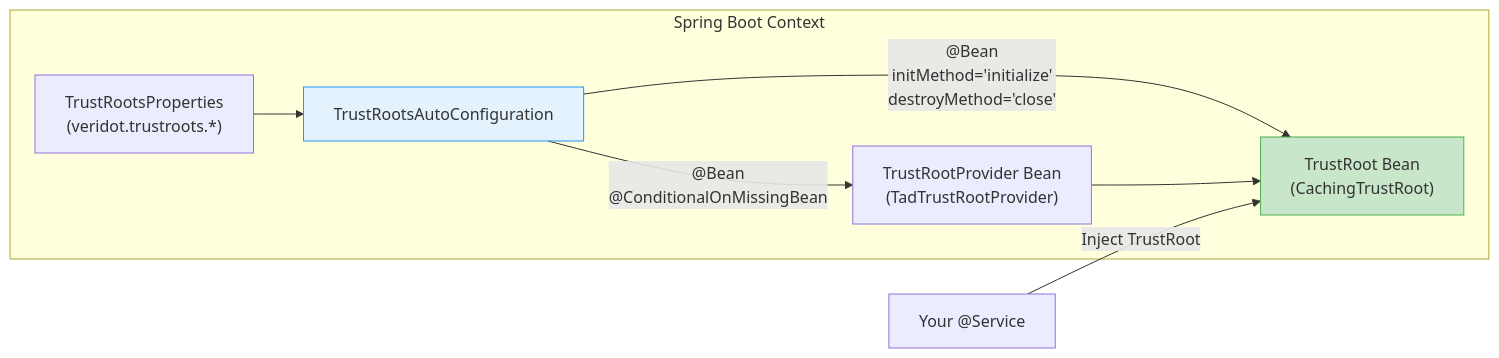
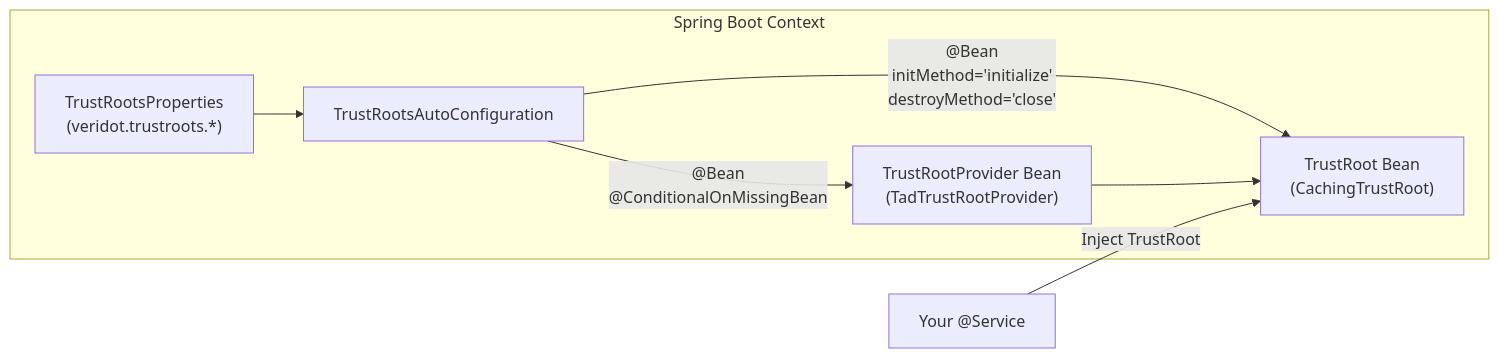
One commit to cyfko/veridot changed the diagram in docs/docs/modules/veridot-trustroots/spring-autoconfiguration.md. Above: the diagram before and after it, drawn with Mermaid. The commit also changed 25 other files, not shown here.

First line of the commit message:
style: remove colorful fill styles from Mermaid diagrams

````diff
--- a/docs/docs/modules/veridot-trustroots/spring-autoconfiguration.md
+++ b/docs/docs/modules/veridot-trustroots/spring-autoconfiguration.md
@@ -27,19 +27,17 @@
 ```mermaid
 flowchart LR
     subgraph "Spring Boot Context"
         Props["TrustRootsProperties<br/>(veridot.trustroots.*)"]
         AutoConfig["TrustRootsAutoConfiguration"]
         Provider["TrustRootProvider Bean<br/>(TadTrustRootProvider)"]
         TrustRoot["TrustRoot Bean<br/>(CachingTrustRoot)"]
 
         Props --> AutoConfig
         AutoConfig -->|"@Bean<br/>@ConditionalOnMissingBean"| Provider
         AutoConfig -->|"@Bean<br/>initMethod='initialize'<br/>destroyMethod='close'"| TrustRoot
         Provider --> TrustRoot
     end
 
     YourService["Your @Service"] -->|"Inject TrustRoot"| TrustRoot
 
-    style AutoConfig fill:#e3f2fd,stroke:#2196f3
-    style TrustRoot fill:#c8e6c9,stroke:#4caf50
 ```
````
